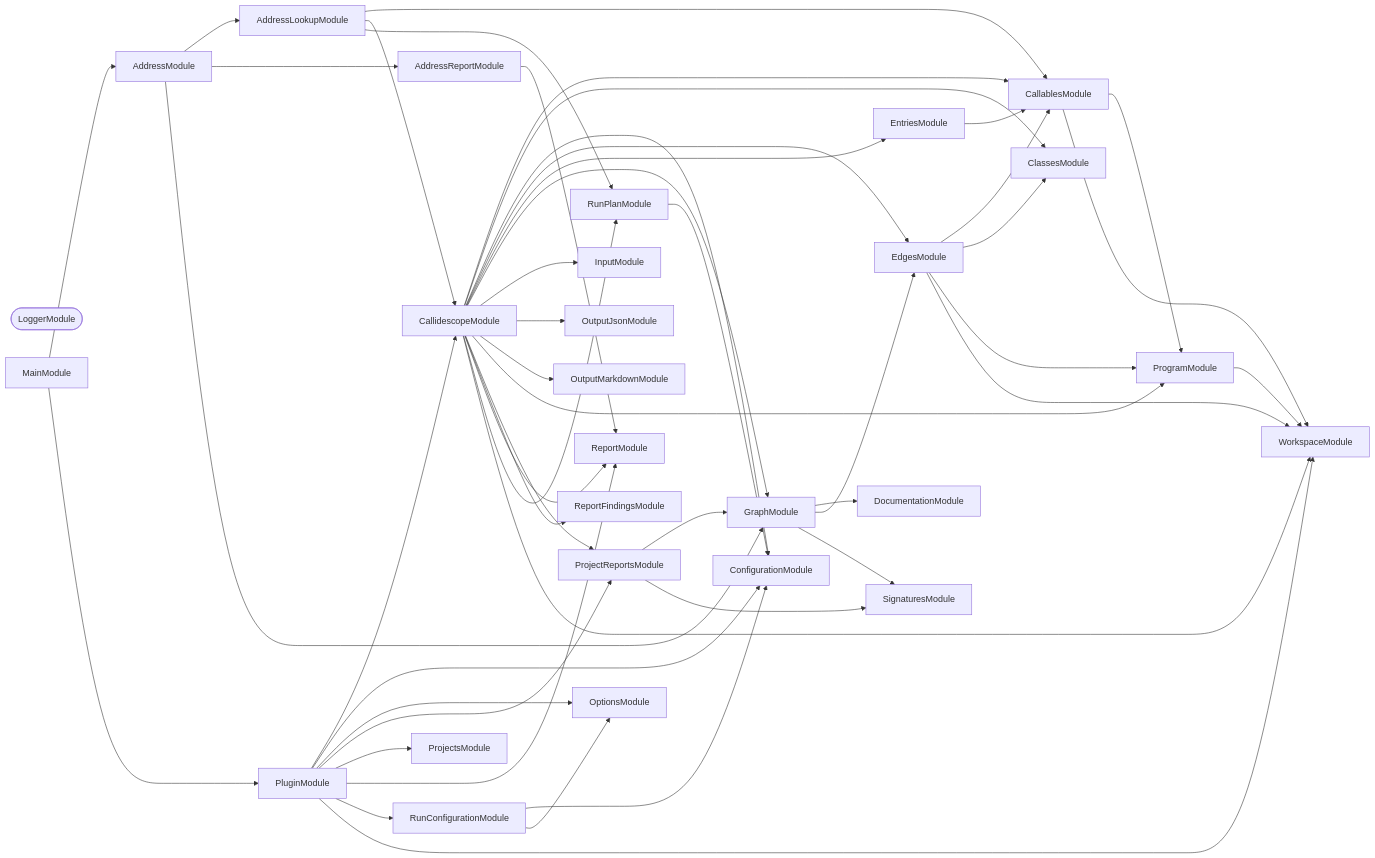
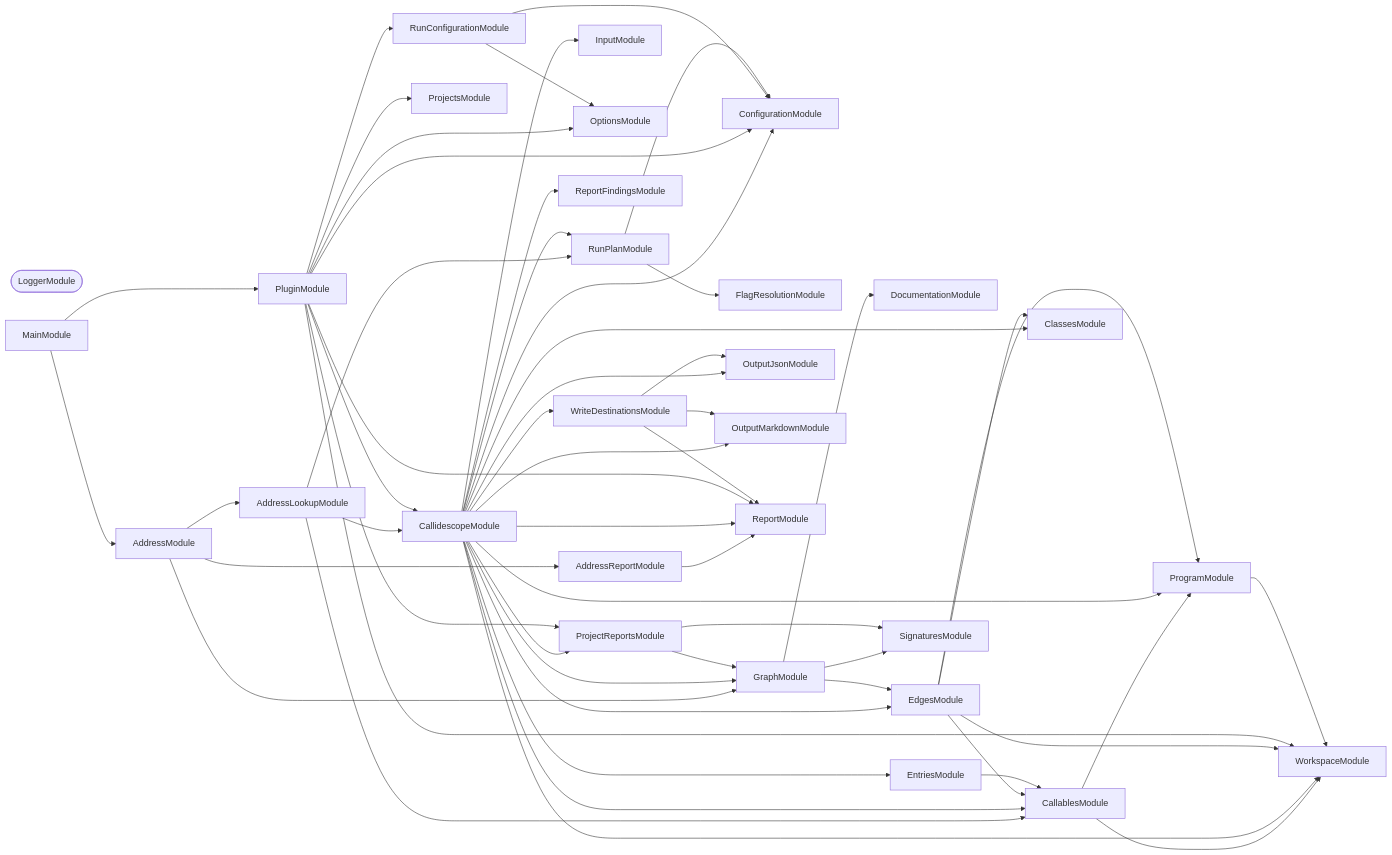
Before and after one commit to JimmyPaolini/codebase: the second of 3 diagrams in packages/callidescope-nx/README.md, drawn with Mermaid. The commit also changed 12 other files, not shown here.

````diff
--- a/packages/callidescope-nx/README.md
+++ b/packages/callidescope-nx/README.md
@@ -337,6 +337,7 @@
   DocumentationModule
   EdgesModule
   EntriesModule
+  FlagResolutionModule
   GraphModule
   InputModule
   LoggerModule([LoggerModule])
@@ -354,6 +355,7 @@
   RunPlanModule
   SignaturesModule
   WorkspaceModule
+  WriteDestinationsModule
   AddressLookupModule --> CallablesModule
   AddressLookupModule --> CallidescopeModule
   AddressLookupModule --> RunPlanModule
@@ -378,6 +380,7 @@
   CallidescopeModule --> ReportModule
   CallidescopeModule --> RunPlanModule
   CallidescopeModule --> WorkspaceModule
+  CallidescopeModule --> WriteDestinationsModule
   EdgesModule --> CallablesModule
   EdgesModule --> ClassesModule
   EdgesModule --> ProgramModule
@@ -402,4 +405,8 @@
   RunConfigurationModule --> ConfigurationModule
   RunConfigurationModule --> OptionsModule
   RunPlanModule --> ConfigurationModule
+  RunPlanModule --> FlagResolutionModule
+  WriteDestinationsModule --> OutputJsonModule
+  WriteDestinationsModule --> OutputMarkdownModule
+  WriteDestinationsModule --> ReportModule
 ```
````
